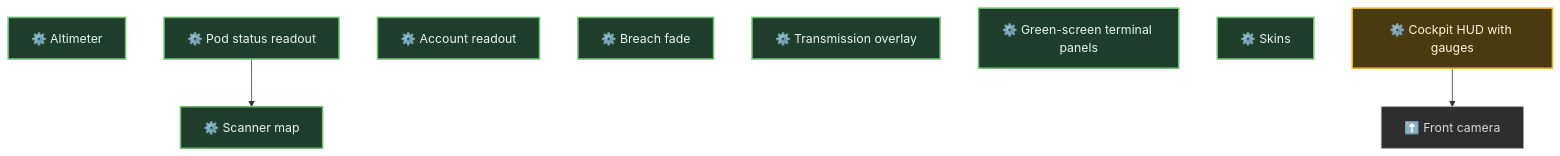
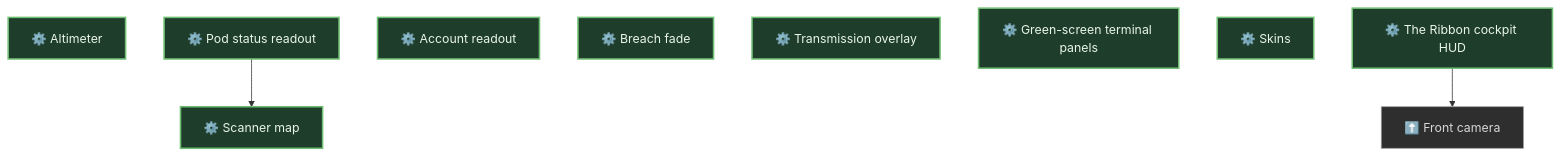
Diagram 14 of 30 in docs/FEATURE-MAP.md (pkeppeler/deepcharter), drawn with Mermaid before and after one commit. The commit also changed other lines of this file and 64 other files, not shown here.

First line of the commit message:
Build the Ribbon cockpit HUD, the user's pick (#247) (#520)

````diff
--- a/docs/FEATURE-MAP.md
+++ b/docs/FEATURE-MAP.md
@@ -729,23 +728,22 @@
 ```mermaid
 flowchart TB
   n_altimeter["⚙️ Altimeter"]
   n_pod_status_hud["⚙️ Pod status readout"]
   n_account_hud["⚙️ Account readout"]
   n_scanner_hud["⚙️ Scanner map"]
   n_breach_fade["⚙️ Breach fade"]
   n_transmission_overlay["⚙️ Transmission overlay"]
   n_crt_terminals["⚙️ Green-screen terminal panels"]
   n_skins["⚙️ Skins"]
-  n_ribbon_hud["⚙️ Cockpit HUD with gauges"]
+  n_ribbon_hud["⚙️ The Ribbon cockpit HUD"]
   n_front_camera["⬆️ Front camera"]
   n_pod_status_hud --> n_scanner_hud
   n_ribbon_hud --> n_front_camera
   classDef built fill:#1f3d2b,stroke:#6fbf73,stroke-width:2px,color:#e8f5e9
   classDef progress fill:#4a3a10,stroke:#f0b429,stroke-width:2px,color:#fff3d6
   classDef planned fill:#2e2e2e,stroke:#9e9e9e,stroke-width:1px,color:#d6d6d6
   classDef idea fill:#1a1a1a,stroke:#757575,stroke-width:1px,stroke-dasharray:4 3,color:#a0a0a0
   classDef ext fill:#ffffff,stroke:#999999,stroke-width:1px,stroke-dasharray:2 2,color:#555555
-  class n_altimeter,n_pod_status_hud,n_account_hud,n_scanner_hud,n_breach_fade,n_transmission_overlay,n_crt_terminals,n_skins built
-  class n_ribbon_hud progress
+  class n_altimeter,n_pod_status_hud,n_account_hud,n_scanner_hud,n_breach_fade,n_transmission_overlay,n_crt_terminals,n_skins,n_ribbon_hud built
   class n_front_camera planned
 ```
````
